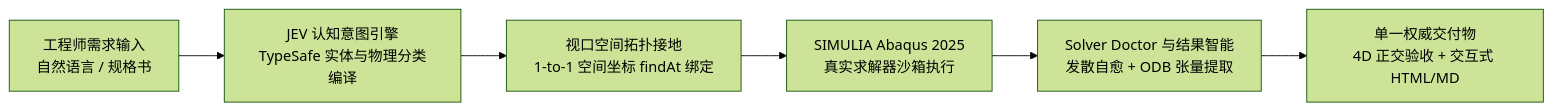
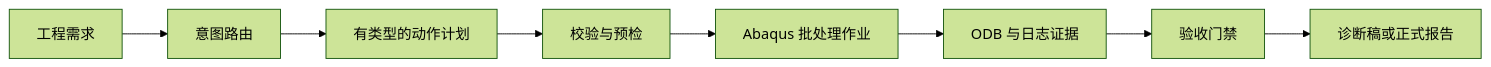
The diagram in README_CN.md (chenlei-gh/Abaqus-AI-Agent), drawn with Mermaid (forest theme) before and after one commit. The commit also changed other lines of this file and 1 other file, not shown here.

````diff
--- a/README_CN.md
+++ b/README_CN.md
@@ -28,8 +16,10 @@
 ```mermaid
-graph LR
-    A[工程师需求输入<br>自然语言 / 规格书] --> B[JEV 认知意图引擎<br>TypeSafe 实体与物理分类编译]
-    B --> C[视口空间拓扑接地<br>1-to-1 空间坐标 findAt 绑定]
-    C --> D[SIMULIA Abaqus 2025<br>真实求解器沙箱执行]
-    D --> E[Solver Doctor 与结果智能<br>发散自愈 + ODB 张量提取]
-    E --> F[单一权威交付物<br>4D 正交验收 + 交互式 HTML/MD]
+flowchart LR
+    prompt[工程需求] --> route[意图路由]
+    route --> plan[有类型的动作计划]
+    plan --> preflight[校验与预检]
+    preflight --> solver[Abaqus 批处理作业]
+    solver --> odb[ODB 与日志证据]
+    odb --> accept[验收门禁]
+    accept --> report[诊断稿或正式报告]
 ```
````
